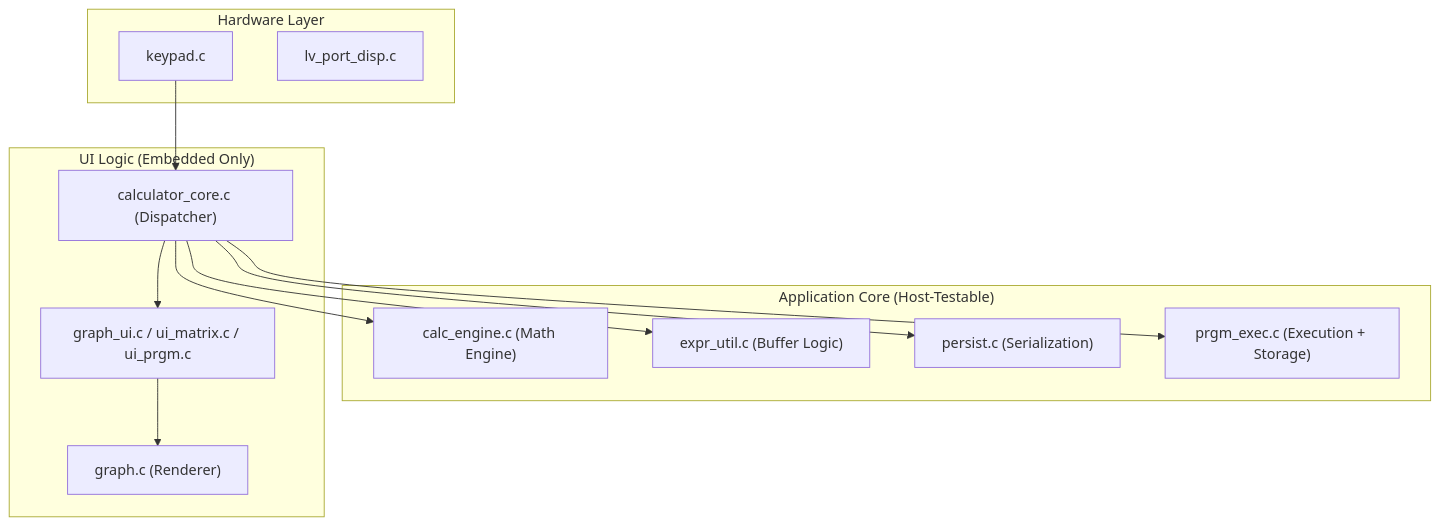
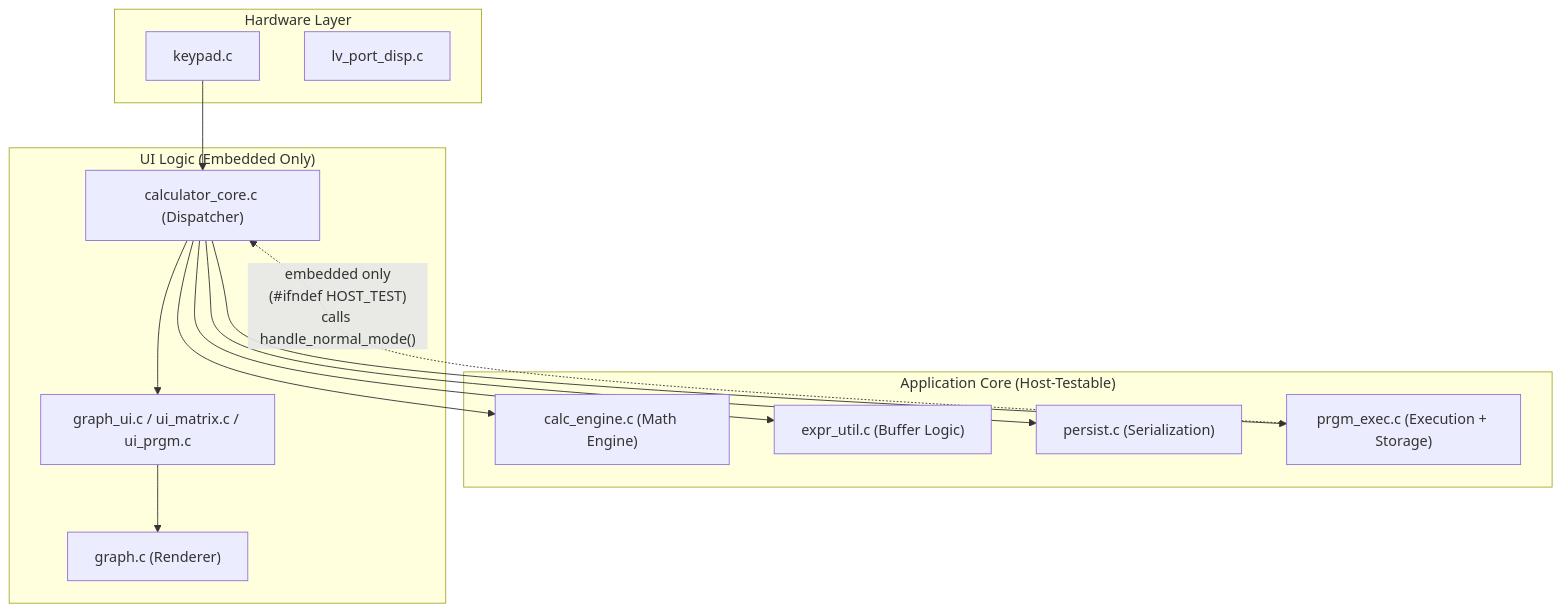
Before and after one commit to mndxc/STM32F429-TI81-Calculator: the second of 2 diagrams in docs/ARCHITECTURE.md, drawn with Mermaid. The commit also changed other lines of this file and 7 other files, not shown here.

````diff
--- a/docs/ARCHITECTURE.md
+++ b/docs/ARCHITECTURE.md
@@ -47,28 +47,29 @@
 ```mermaid
 graph TD
     subgraph "Hardware Layer"
         HW_K["keypad.c"]
         HW_D["lv_port_disp.c"]
     end
 
     subgraph "Application Core (Host-Testable)"
         CE["calc_engine.c (Math Engine)"]
         EU["expr_util.c (Buffer Logic)"]
         PE["persist.c (Serialization)"]
         PRE["prgm_exec.c (Execution + Storage)"]
     end
 
     subgraph "UI Logic (Embedded Only)"
         CC["calculator_core.c (Dispatcher)"]
         GUI["graph_ui.c / ui_matrix.c / ui_prgm.c"]
         G["graph.c (Renderer)"]
     end
 
     HW_K --> CC
     CC --> GUI
     CC --> CE
     CC --> EU
     CC --> PE
     CC --> PRE
     GUI --> G
+    PRE -. "embedded only\n(#ifndef HOST_TEST)\ncalls handle_normal_mode()" .-> CC
 ```
````
